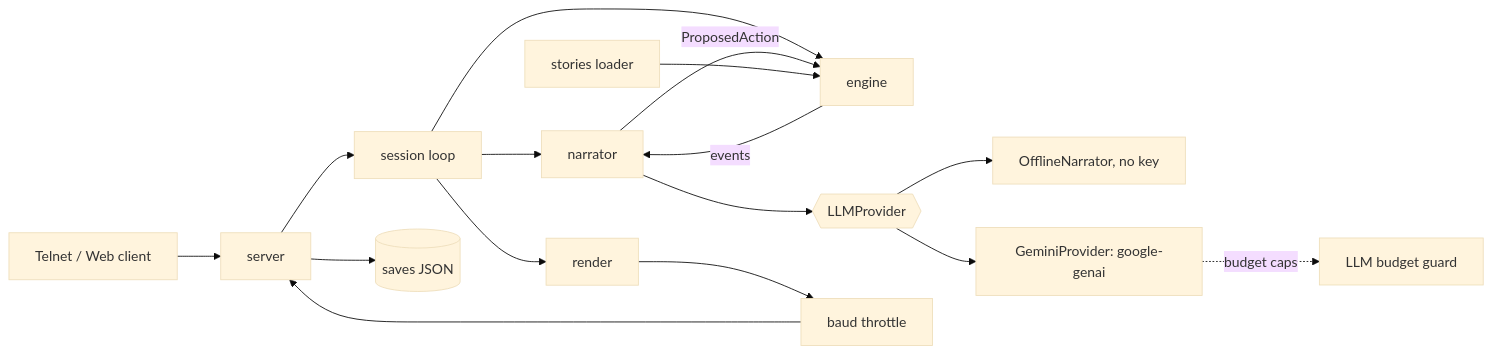
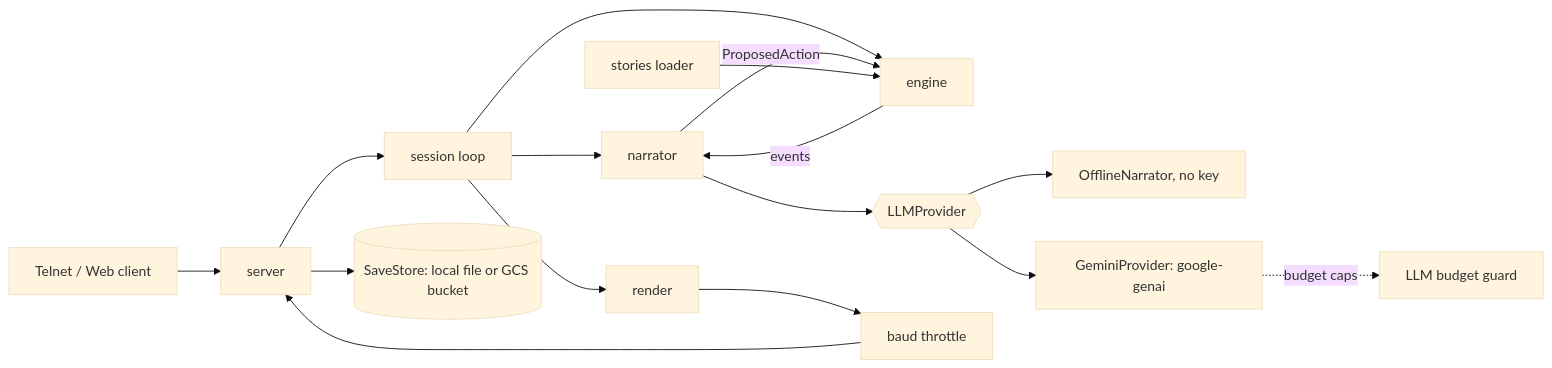
The first of 3 diagrams in .kiro/specs/telnet-tales/design.md (rcruz63/bssmaze), drawn with Mermaid (base theme) before and after one commit. The commit also changed other lines of this file and 10 other files, not shown here.

First line of the commit message:
docs: add save store, GEMINI_MODEL override and crew log rule

````diff
--- a/.kiro/specs/telnet-tales/design.md
+++ b/.kiro/specs/telnet-tales/design.md
@@ -9,17 +9,17 @@
 ```mermaid
 flowchart LR
   Client[Telnet / Web client] --> Server[server]
   Server --> Session[session loop]
   Session --> Narrator[narrator]
   Session --> Engine[engine]
   Session --> Render[render]
   Narrator -->|ProposedAction| Engine
   Narrator --> Provider{{LLMProvider}}
   Provider --> Offline[OfflineNarrator, no key]
   Provider --> Gemini[GeminiProvider: google-genai]
   Gemini -.->|budget caps| Guard[LLM budget guard]
   Stories[stories loader] --> Engine
   Engine -->|events| Narrator
   Render --> Throttle[baud throttle] --> Server
-  Server --> Saves[(saves JSON)]
+  Server --> Saves[(SaveStore: local file or GCS bucket)]
 ```
````
